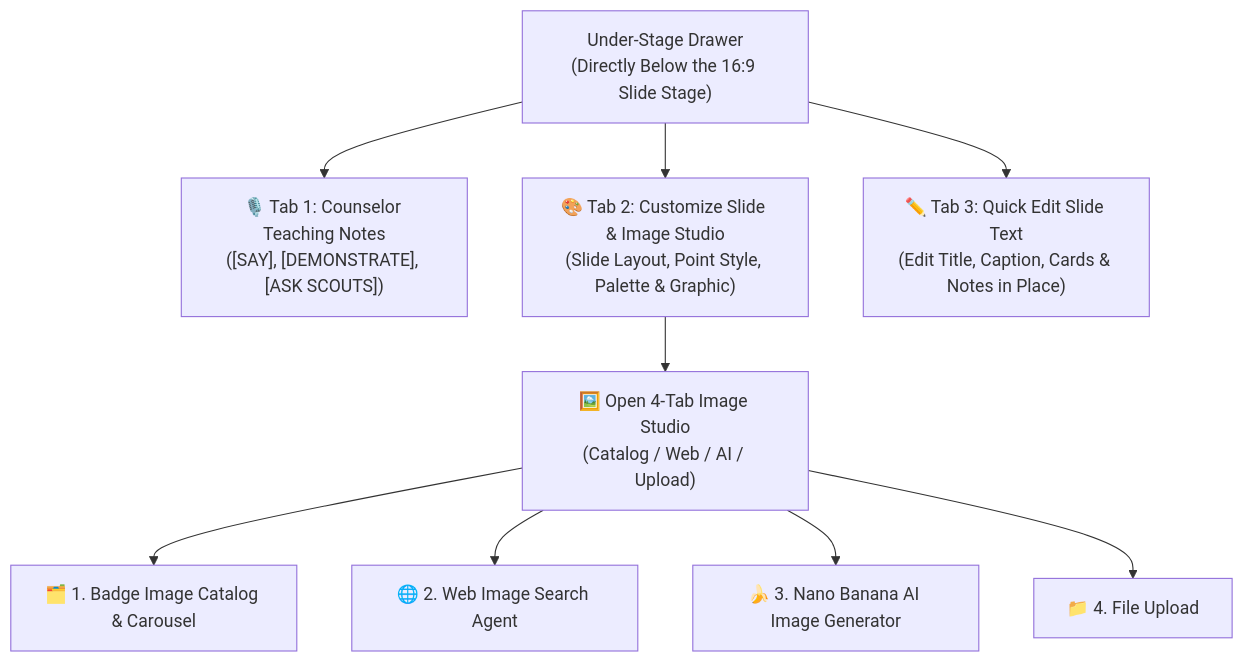
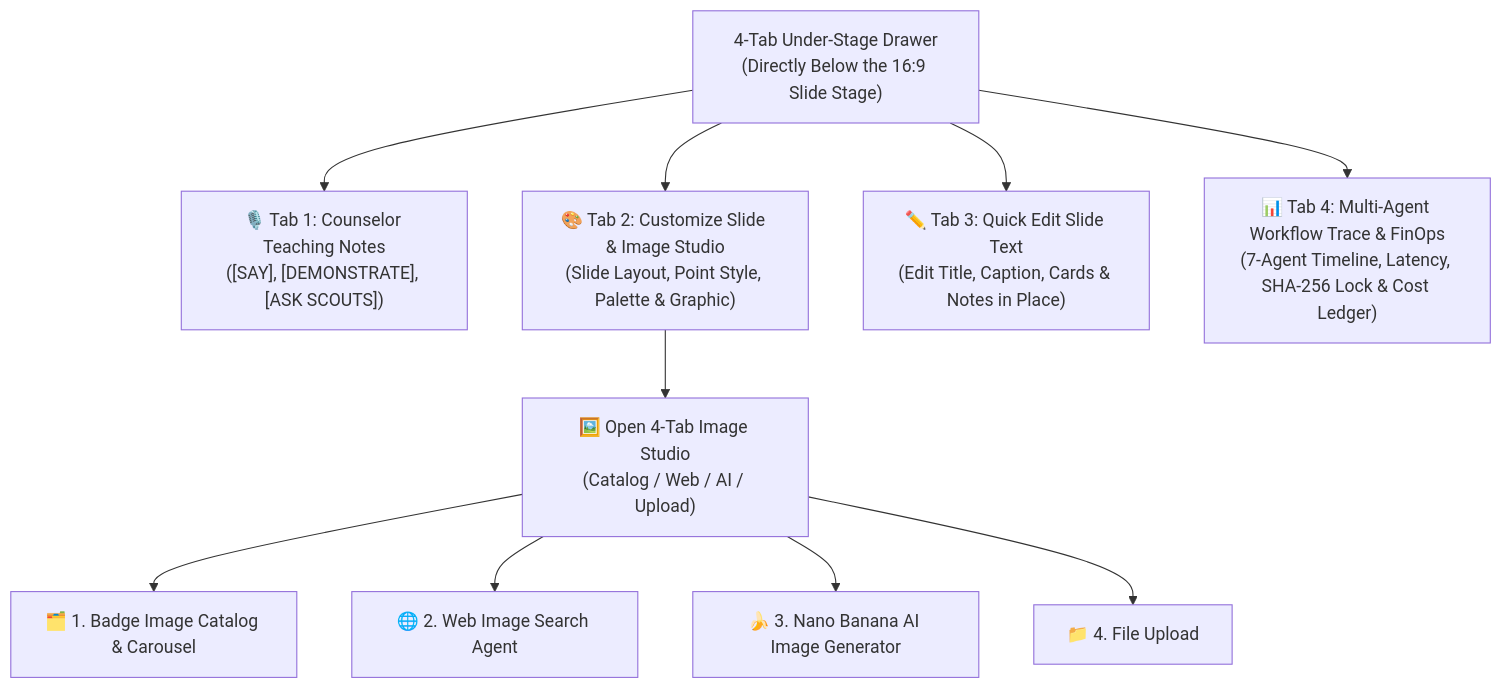
Before and after one commit to clayberg/scouts-bsa-merit-badge-agent: the second of 2 diagrams in docs/USER_GUIDE.md, drawn with Mermaid. The commit also changed other lines of this file and 69 other files, not shown here.

Commit message:
Complete Waves 1-5 adversarial code, security, 20-badge eval, guided demo tour & trace FinOps remediation (88/88 tests, 3.00/3.00 rubric)

````diff
--- a/docs/USER_GUIDE.md
+++ b/docs/USER_GUIDE.md
@@ -250,11 +270,12 @@
 ```mermaid
 flowchart TD
-    Drawer["Under-Stage Drawer<br/>(Directly Below the 16:9 Slide Stage)"] --> Tab1["🎙️ Tab 1: Counselor Teaching Notes<br/>([SAY], [DEMONSTRATE], [ASK SCOUTS])"]
+    Drawer["4-Tab Under-Stage Drawer<br/>(Directly Below the 16:9 Slide Stage)"] --> Tab1["🎙️ Tab 1: Counselor Teaching Notes<br/>([SAY], [DEMONSTRATE], [ASK SCOUTS])"]
     Drawer --> Tab2["🎨 Tab 2: Customize Slide & Image Studio<br/>(Slide Layout, Point Style, Palette & Graphic)"]
     Drawer --> Tab3["✏️ Tab 3: Quick Edit Slide Text<br/>(Edit Title, Caption, Cards & Notes in Place)"]
+    Drawer --> Tab4["📊 Tab 4: Multi-Agent Workflow Trace & FinOps<br/>(7-Agent Timeline, Latency, SHA-256 Lock & Cost Ledger)"]
     Tab2 --> Modal["🖼️ Open 4-Tab Image Studio<br/>(Catalog / Web / AI / Upload)"]
     Modal --> M1["🗂️ 1. Badge Image Catalog & Carousel"]
     Modal --> M2["🌐 2. Web Image Search Agent"]
     Modal --> M3["🍌 3. Nano Banana AI Image Generator"]
     Modal --> M4["📁 4. File Upload"]
 ```
````
